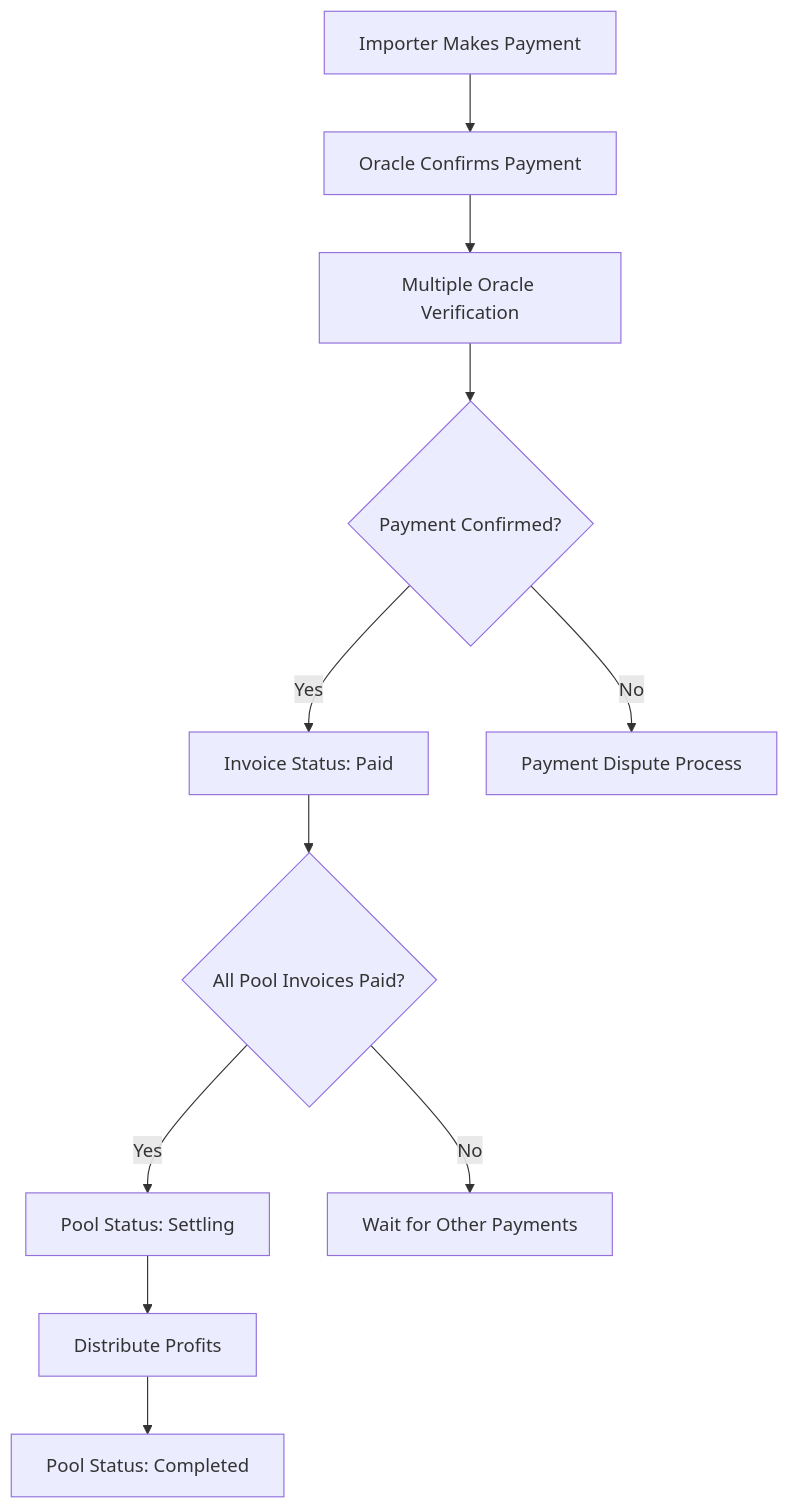
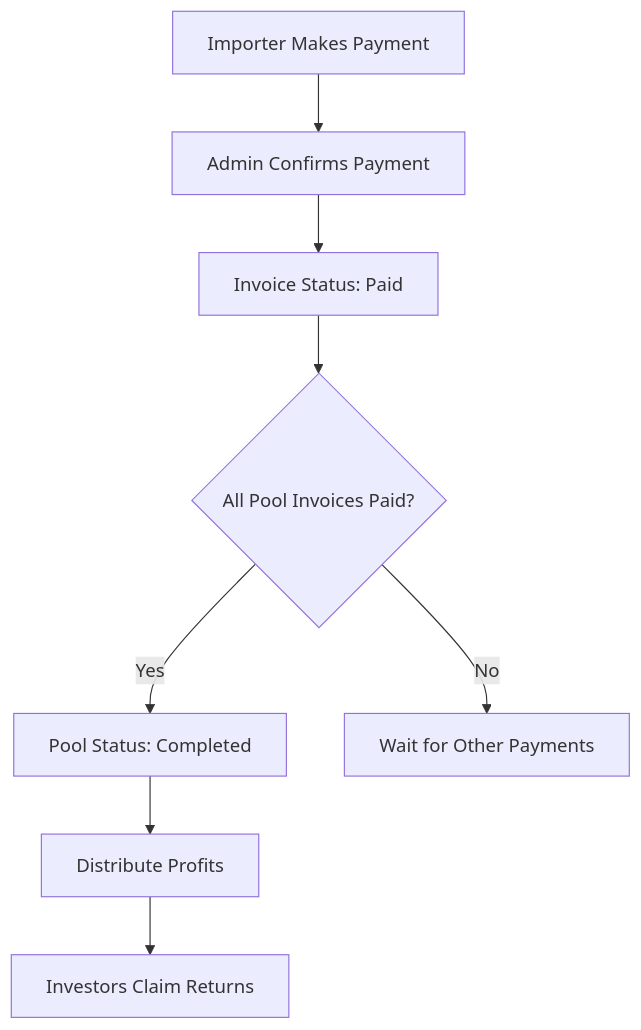
Before and after one commit to SEATrax/apps: the fifth of 6 diagrams in .github/business-process-documentation.md, drawn with Mermaid. The commit also changed other lines of this file and 3 other files, not shown here.

Commit message:
feat: migrate to unified SEATrax contract; update documentation and business process flow

````diff
--- a/.github/business-process-documentation.md
+++ b/.github/business-process-documentation.md
@@ -94,13 +91,10 @@
 ```mermaid
 graph TD
-    A[Importer Makes Payment] --> B[Oracle Confirms Payment]
-    B --> C[Multiple Oracle Verification]
-    C --> D{Payment Confirmed?}
-    D -->|Yes| E[Invoice Status: Paid]
-    D -->|No| F[Payment Dispute Process]
-    E --> G{All Pool Invoices Paid?}
-    G -->|Yes| H[Pool Status: Settling]
-    G -->|No| I[Wait for Other Payments]
-    H --> J[Distribute Profits]
-    J --> K[Pool Status: Completed]
+    A[Importer Makes Payment] --> B[Admin Confirms Payment]
+    B --> C[Invoice Status: Paid]
+    C --> D{All Pool Invoices Paid?}
+    D -->|Yes| E[Pool Status: Completed]
+    D -->|No| F[Wait for Other Payments]
+    E --> G[Distribute Profits]
+    G --> H[Investors Claim Returns]
 ```
````
